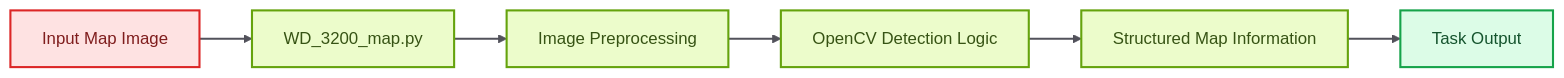
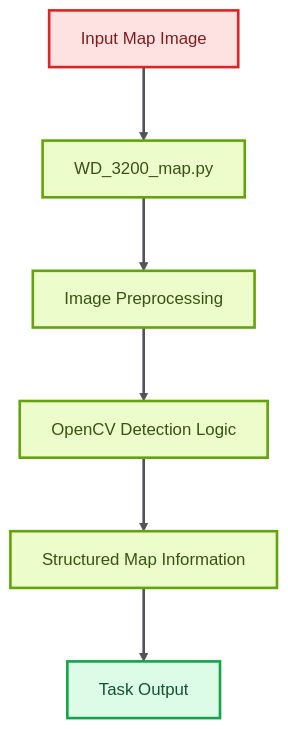
One commit to skx56/eyantra_task1c_openCV changed the diagram in README.md. Above: the diagram before and after it, drawn with Mermaid.

Commit message:
Make README architecture diagram vertical

````diff
--- a/README.md
+++ b/README.md
@@ -28,18 +28,19 @@
 ```mermaid
-flowchart LR
+%%{init: {"flowchart": {"nodeSpacing": 55, "rankSpacing": 70, "curve": "basis"}, "themeVariables": {"fontSize": "16px", "fontFamily": "Inter, ui-sans-serif, system-ui, -apple-system, BlinkMacSystemFont, Segoe UI, sans-serif"}}}%%
+flowchart TD
   Map["Input Map Image"] --> Script["WD_3200_map.py"]
   Script --> Preprocess["Image Preprocessing"]
   Preprocess --> Detect["OpenCV Detection Logic"]
   Detect --> Extract["Structured Map Information"]
   Extract --> Output["Task Output"]
 
-  classDef inputs fill:#FEE2E2,stroke:#DC2626,color:#7F1D1D,stroke-width:2px;
-  classDef process fill:#ECFCCB,stroke:#65A30D,color:#365314,stroke-width:2px;
-  classDef data fill:#DBEAFE,stroke:#2563EB,color:#1E3A8A,stroke-width:2px;
-  classDef agent fill:#FAE8FF,stroke:#C026D3,color:#701A75,stroke-width:2px;
-  classDef output fill:#DCFCE7,stroke:#16A34A,color:#14532D,stroke-width:2px;
+  classDef inputs fill:#FEE2E2,stroke:#DC2626,color:#7F1D1D,stroke-width:2.5px;
+  classDef process fill:#ECFCCB,stroke:#65A30D,color:#365314,stroke-width:2.5px;
+  classDef data fill:#DBEAFE,stroke:#2563EB,color:#1E3A8A,stroke-width:2.5px;
+  classDef agent fill:#FAE8FF,stroke:#C026D3,color:#701A75,stroke-width:2.5px;
+  classDef output fill:#DCFCE7,stroke:#16A34A,color:#14532D,stroke-width:2.5px;
   class Map inputs;
   class Script,Preprocess,Detect,Extract process;
   class Output output;
-  linkStyle default stroke:#52525B,stroke-width:2px;
+  linkStyle default stroke:#52525B,stroke-width:2.5px;
 ```
````
